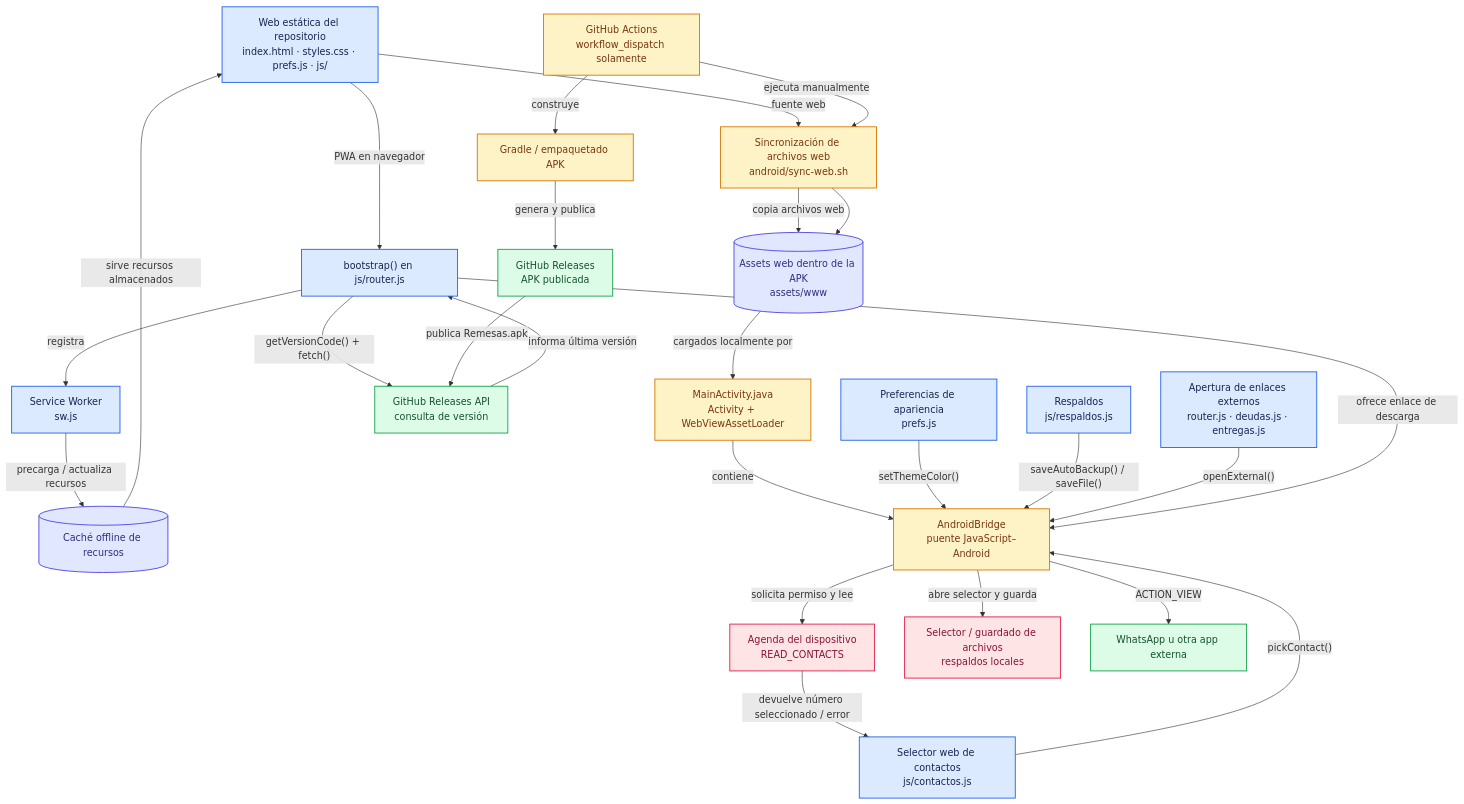
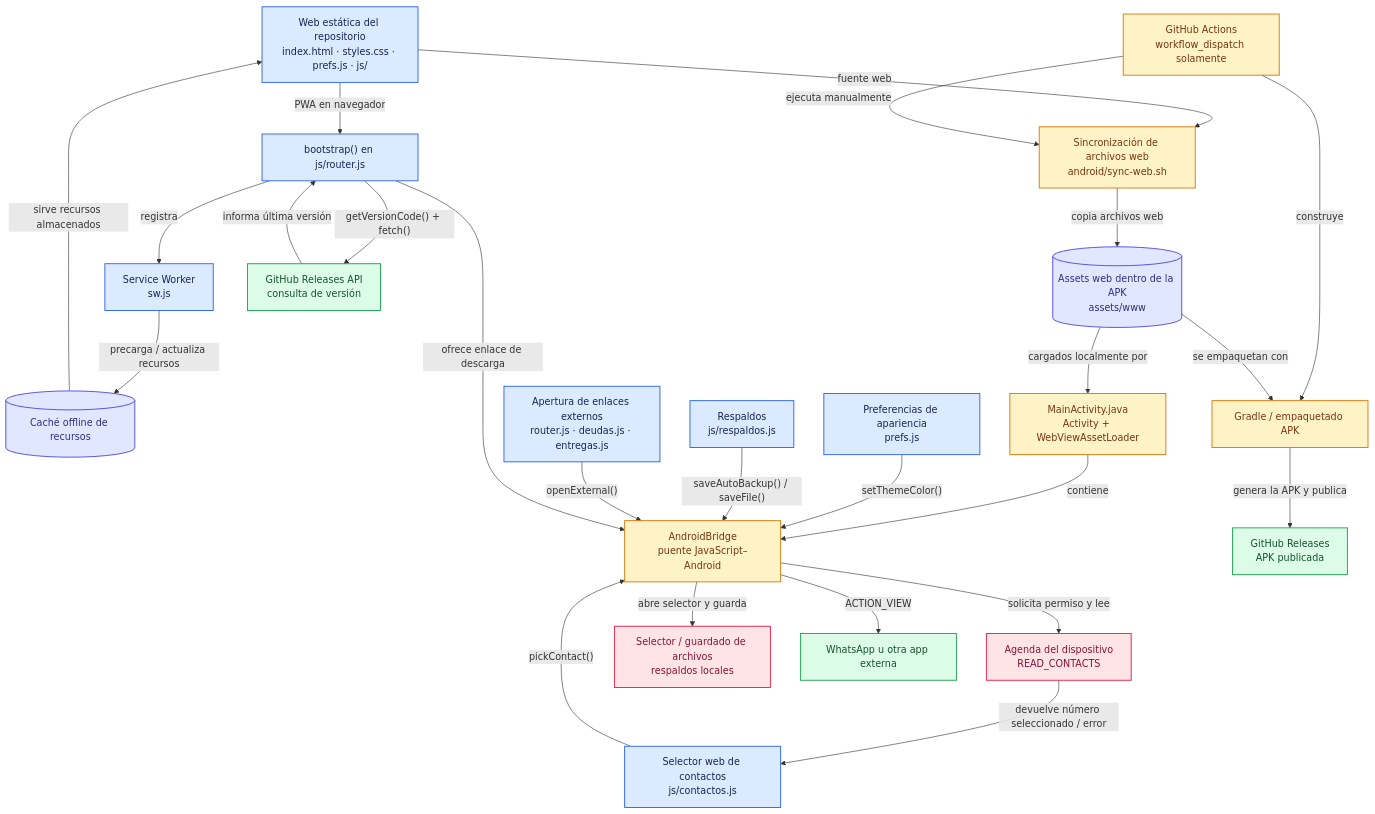
The second of 2 diagrams in docs/ARCHITECTURE.md (MomoSad26/PeterServices), drawn with Mermaid before and after one commit. The commit also changed other lines of this file, not shown here.

Commit message:
docs: refine architecture links against route implementations

```diff
--- a/docs/ARCHITECTURE.md
+++ b/docs/ARCHITECTURE.md
@@ -176,77 +184,75 @@
 ~~~mermaid
 flowchart TD
   source["Web estática del repositorio<br/>index.html · styles.css · prefs.js · js/"]
   bootstrap["bootstrap() en js/router.js"]
   sw["Service Worker<br/>sw.js"]
   cache[("Caché offline de recursos")]
   sync["Sincronización de archivos web<br/>android/sync-web.sh"]
   assets[("Assets web dentro de la APK<br/>assets/www")]
   workflow["GitHub Actions<br/>workflow_dispatch solamente"]
   gradle["Gradle / empaquetado APK"]
   android["MainActivity.java<br/>Activity + WebViewAssetLoader"]
   bridge["AndroidBridge<br/>puente JavaScript–Android"]
   nativeContacts["Agenda del dispositivo<br/>READ_CONTACTS"]
   nativeFiles["Selector / guardado de archivos<br/>respaldos locales"]
   whatsapp["WhatsApp u otra app externa"]
   releases["GitHub Releases<br/>APK publicada"]
   releaseApi["GitHub Releases API<br/>consulta de versión"]
   prefs["Preferencias de apariencia<br/>prefs.js"]
   backup["Respaldos<br/>js/respaldos.js"]
   contacts["Selector web de contactos<br/>js/contactos.js"]
   links["Apertura de enlaces externos<br/>router.js · deudas.js · entregas.js"]
 
   source -->|"PWA en navegador"| bootstrap
   bootstrap -->|"registra"| sw
   sw -->|"precarga / actualiza recursos"| cache
   cache -->|"sirve recursos almacenados"| source
 
   source -->|"fuente web"| sync
   workflow -->|"ejecuta manualmente"| sync
   sync -->|"copia archivos web"| assets
   workflow -->|"construye"| gradle
-  sync --> assets
+  assets -->|"se empaquetan con"| gradle
+  gradle -->|"genera la APK y publica"| releases
   assets -->|"cargados localmente por"| android
-  gradle -->|"genera y publica"| releases
   android -->|"contiene"| bridge
 
   contacts -->|"pickContact()"| bridge
   bridge -->|"solicita permiso y lee"| nativeContacts
   nativeContacts -->|"devuelve número seleccionado / error"| contacts
 
   prefs -->|"setThemeColor()"| bridge
   backup -->|"saveAutoBackup() / saveFile()"| bridge
   bridge -->|"abre selector y guarda"| nativeFiles
 
   links -->|"openExternal()"| bridge
   bridge -->|"ACTION_VIEW"| whatsapp
 
   bootstrap -->|"getVersionCode() + fetch()"| releaseApi
   releaseApi -->|"informa última versión"| bootstrap
   bootstrap -->|"ofrece enlace de descarga"| bridge
-  releases -->|"publica Remesas.apk"| releaseApi
-
   click source "https://github.com/MomoSad26/PeterServices/tree/main" "Ver archivos web"
   click bootstrap "https://github.com/MomoSad26/PeterServices/blob/main/js/router.js" "Abrir router.js"
   click sw "https://github.com/MomoSad26/PeterServices/blob/main/sw.js" "Abrir sw.js"
   click sync "https://github.com/MomoSad26/PeterServices/blob/main/android/sync-web.sh" "Abrir sync-web.sh"
   click workflow "https://github.com/MomoSad26/PeterServices/blob/main/.github/workflows/build-apk.yml" "Abrir workflow"
   click android "https://github.com/MomoSad26/PeterServices/blob/main/android/app/src/main/java/com/peterservices/remesas/MainActivity.java" "Abrir MainActivity.java"
   click bridge "https://github.com/MomoSad26/PeterServices/blob/main/android/app/src/main/java/com/peterservices/remesas/MainActivity.java" "Ver AndroidBridge"
   click contacts "https://github.com/MomoSad26/PeterServices/blob/main/js/contactos.js" "Abrir contactos.js"
   click prefs "https://github.com/MomoSad26/PeterServices/blob/main/prefs.js" "Abrir prefs.js"
   click backup "https://github.com/MomoSad26/PeterServices/blob/main/js/respaldos.js" "Abrir respaldos.js"
   click links "https://github.com/MomoSad26/PeterServices/blob/main/js/router.js" "Abrir router.js"
   click releases "https://github.com/MomoSad26/PeterServices/releases" "Ver Releases"
   click releaseApi "https://api.github.com/repos/MomoSad26/PeterServices/releases/latest" "Consultar última Release"
 
   classDef web fill:#dbeafe,stroke:#2563eb,stroke-width:1.5px,color:#172554
   classDef platform fill:#fef3c7,stroke:#d97706,stroke-width:1.5px,color:#78350f
   classDef native fill:#ffe4e6,stroke:#e11d48,stroke-width:1.5px,color:#881337
   classDef external fill:#dcfce7,stroke:#16a34a,stroke-width:1.5px,color:#14532d
   classDef store fill:#e0e7ff,stroke:#4f46e5,stroke-width:1.5px,color:#312e81
   class source,bootstrap,sw,contacts,prefs,backup,links web
   class sync,workflow,gradle,android,bridge platform
   class nativeContacts,nativeFiles native
   class whatsapp,releases,releaseApi external
   class assets,cache store
 ~~~
```
